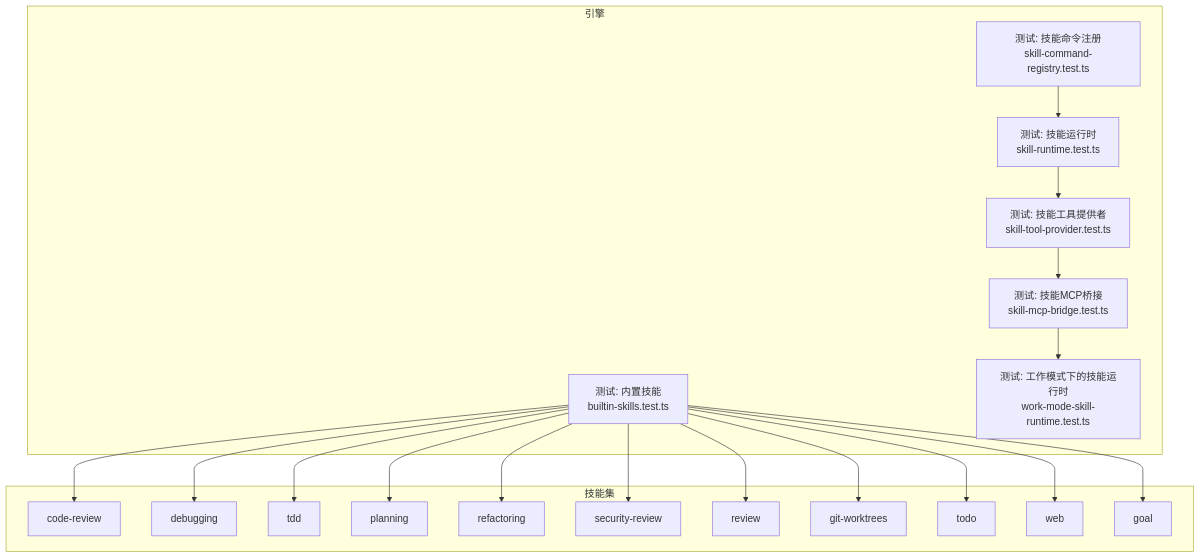
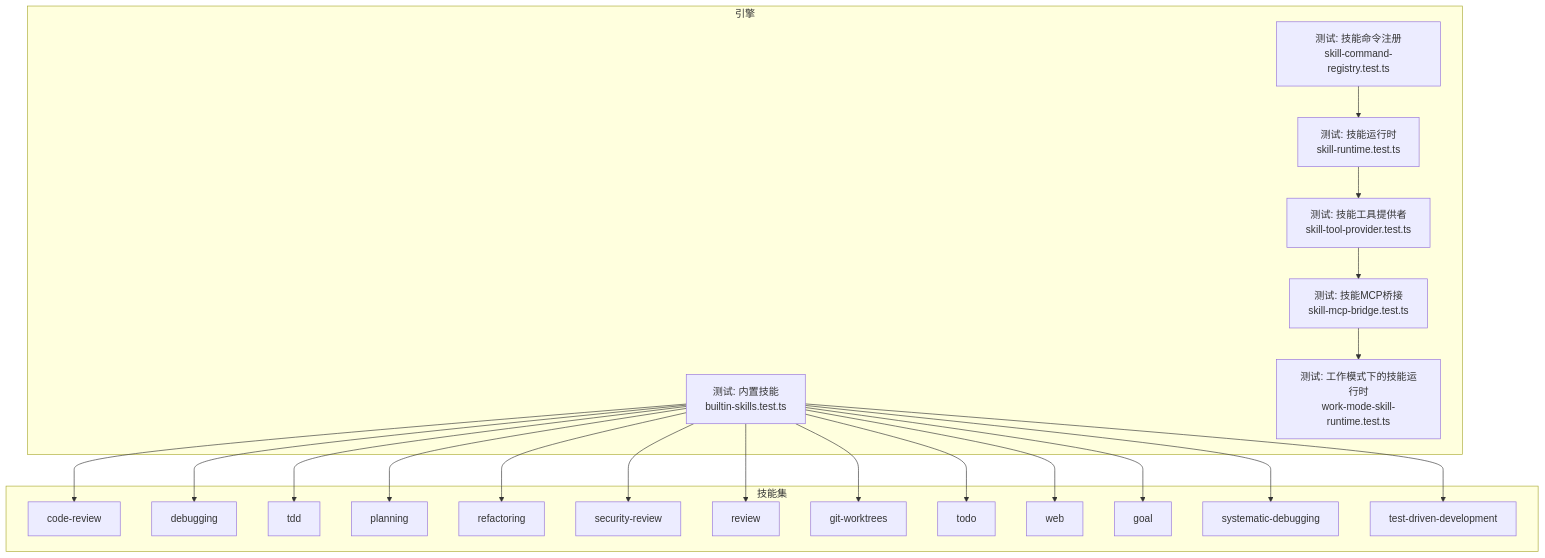
One commit to kkutysllb/KCoder changed the first of 4 diagrams in .qoder/repowiki/zh/content/技能系统/技能系统.md. Above: the diagram before and after it, drawn with Mermaid. The commit also changed other lines of this file and 10 other files, not shown here.

````diff
--- a/.qoder/repowiki/zh/content/技能系统/技能系统.md
+++ b/.qoder/repowiki/zh/content/技能系统/技能系统.md
@@ -62,39 +75,43 @@
 ```mermaid
 graph TB
 subgraph "引擎"
 A["测试: 内置技能<br/>builtin-skills.test.ts"]
 B["测试: 技能命令注册<br/>skill-command-registry.test.ts"]
 C["测试: 技能运行时<br/>skill-runtime.test.ts"]
 D["测试: 技能工具提供者<br/>skill-tool-provider.test.ts"]
 E["测试: 技能MCP桥接<br/>skill-mcp-bridge.test.ts"]
 F["测试: 工作模式下的技能运行时<br/>work-mode-skill-runtime.test.ts"]
 end
 subgraph "技能集"
 S1["code-review"]
 S2["debugging"]
 S3["tdd"]
 S4["planning"]
 S5["refactoring"]
 S6["security-review"]
 S7["review"]
 S8["git-worktrees"]
 S9["todo"]
 S10["web"]
 S11["goal"]
+S12["systematic-debugging"]
+S13["test-driven-development"]
 end
 A --> S1
 A --> S2
 A --> S3
 A --> S4
 A --> S5
 A --> S6
 A --> S7
 A --> S8
 A --> S9
 A --> S10
 A --> S11
+A --> S12
+A --> S13
 B --> C
 C --> D
 D --> E
 E --> F
 ```
````
